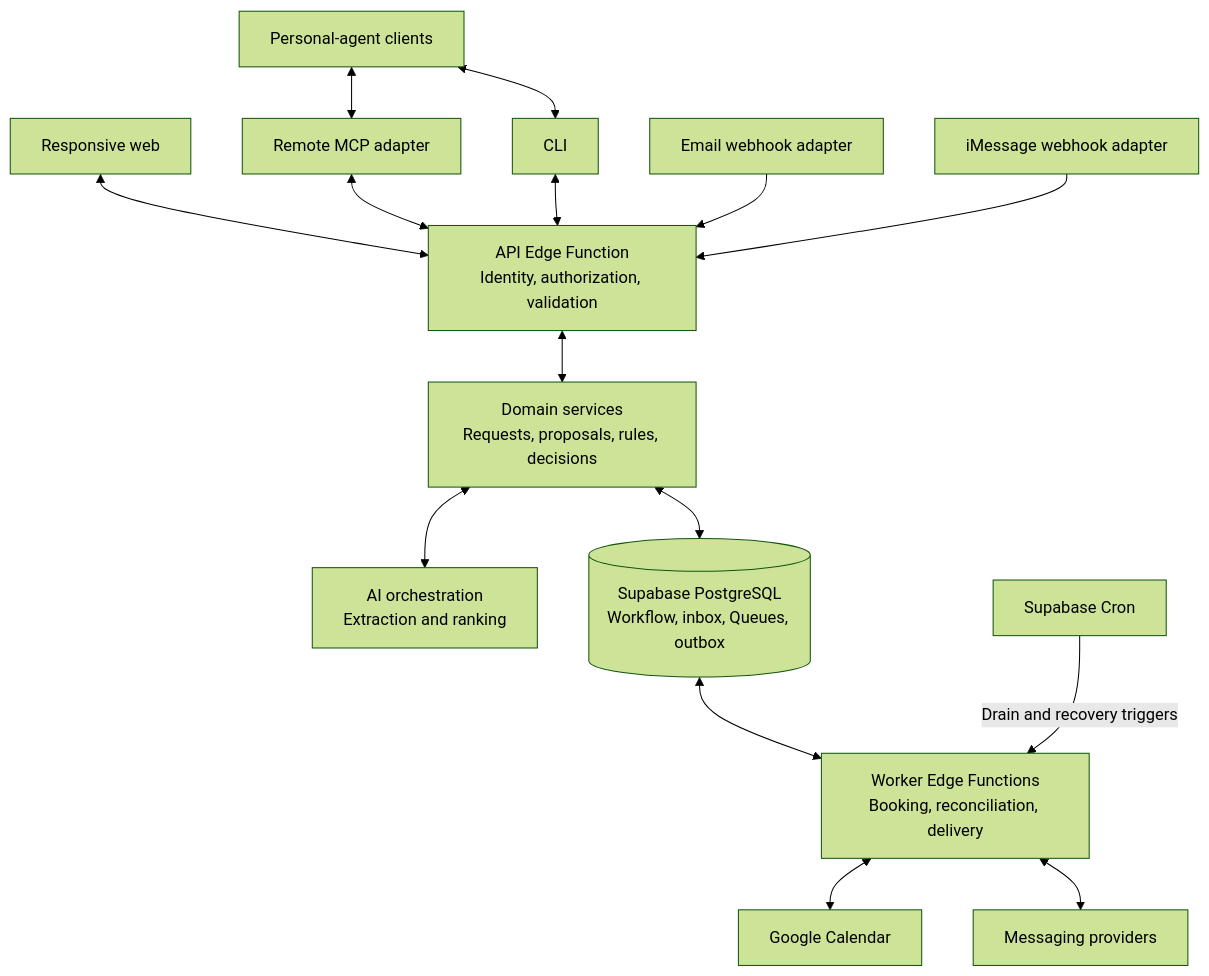
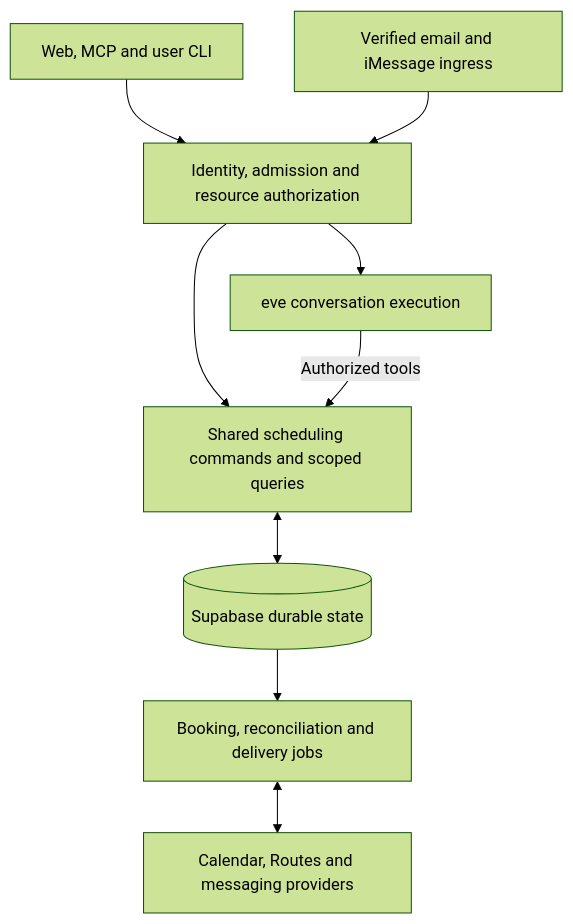
Before and after one commit to snuhcs-course/swpp-2026-project-team-01: the diagram in documentations/03_technical_specification.md, drawn with Mermaid (forest theme). The commit also changed other lines of this file and 506 other files, not shown here.

````diff
--- a/documentations/03_technical_specification.md
+++ b/documentations/03_technical_specification.md
@@ -53,31 +31,11 @@
 ```mermaid
 flowchart TD
-    W[Responsive web]
-    A[Personal-agent clients]
-    M[Remote MCP adapter]
-    C[CLI]
-    E[Email webhook adapter]
-    I[iMessage webhook adapter]
-    API["API Edge Function<br/>Identity, authorization, validation"]
-    D["Domain services<br/>Requests, proposals, rules, decisions"]
-    AI["AI orchestration<br/>Extraction and ranking"]
-    DB[("Supabase PostgreSQL<br/>Workflow, inbox, Queues, outbox")]
-    J["Worker Edge Functions<br/>Booking, reconciliation, delivery"]
-    CR[Supabase Cron]
-    G[Google Calendar]
-    P[Messaging providers]
-    W <--> API
-    A <--> M
-    A <--> C
-    M <--> API
-    C <--> API
-    E --> API
-    I --> API
-    API <--> D
-    D <--> AI
-    D <--> DB
-    DB <--> J
-    CR -->|Drain and recovery triggers| J
-    J <--> G
-    J <--> P
+    W[Web, MCP and user CLI] --> A[Identity, admission and resource authorization]
+    C[Verified email and iMessage ingress] --> A
+    A --> E[eve conversation execution]
+    A --> D[Shared scheduling commands and scoped queries]
+    E -->|Authorized tools| D
+    D <--> DB[(Supabase durable state)]
+    DB --> J[Booking, reconciliation and delivery jobs]
+    J <--> P[Calendar, Routes and messaging providers]
 ```
````
